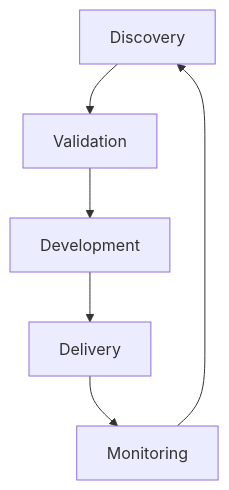
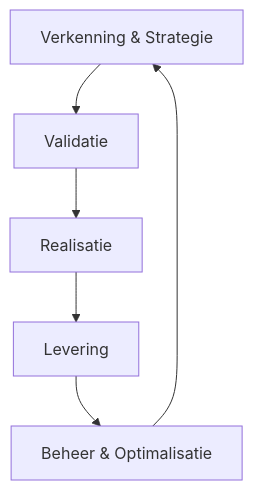
The diagram in docs/00-strategisch-kader/01-ai-levenscyclus.md (vannifr/ai-project-blueprint), drawn with Mermaid before and after one commit. The commit also changed other lines of this file and 35 other files, not shown here.

````diff
--- a/docs/00-strategisch-kader/01-ai-levenscyclus.md
+++ b/docs/00-strategisch-kader/01-ai-levenscyclus.md
@@ -9,8 +11,8 @@
 ```mermaid
 graph TD
-    A[Discovery] --> B[Validation]
-    B --> C[Development]
-    C --> D[Delivery]
-    D --> E[Monitoring]
+    A[Verkenning & Strategie] --> B[Validatie]
+    B --> C[Realisatie]
+    C --> D[Levering]
+    D --> E[Beheer & Optimalisatie]
     E --> A
 ```
````
